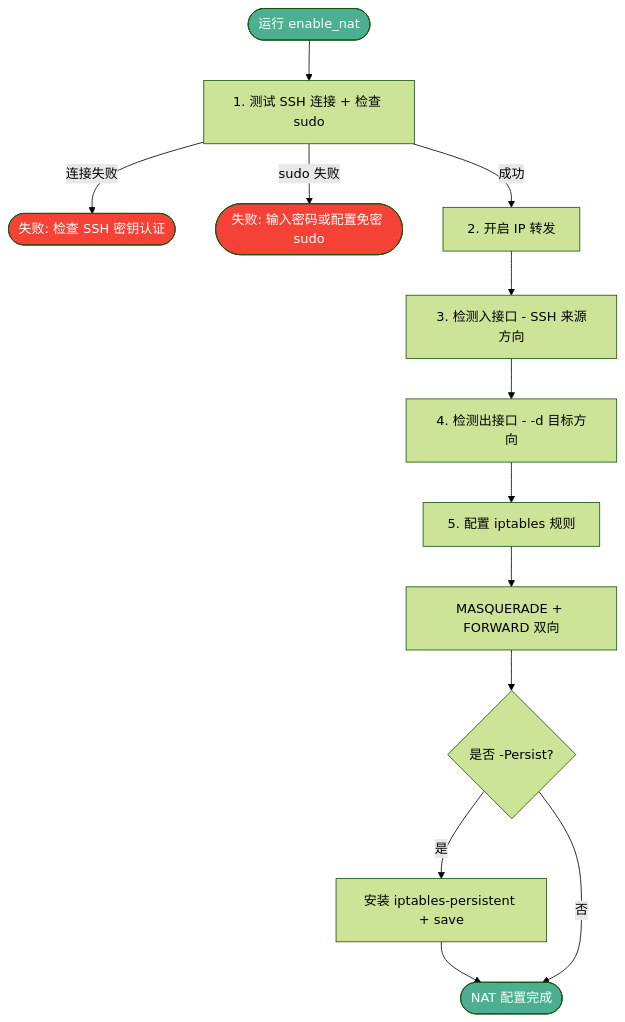
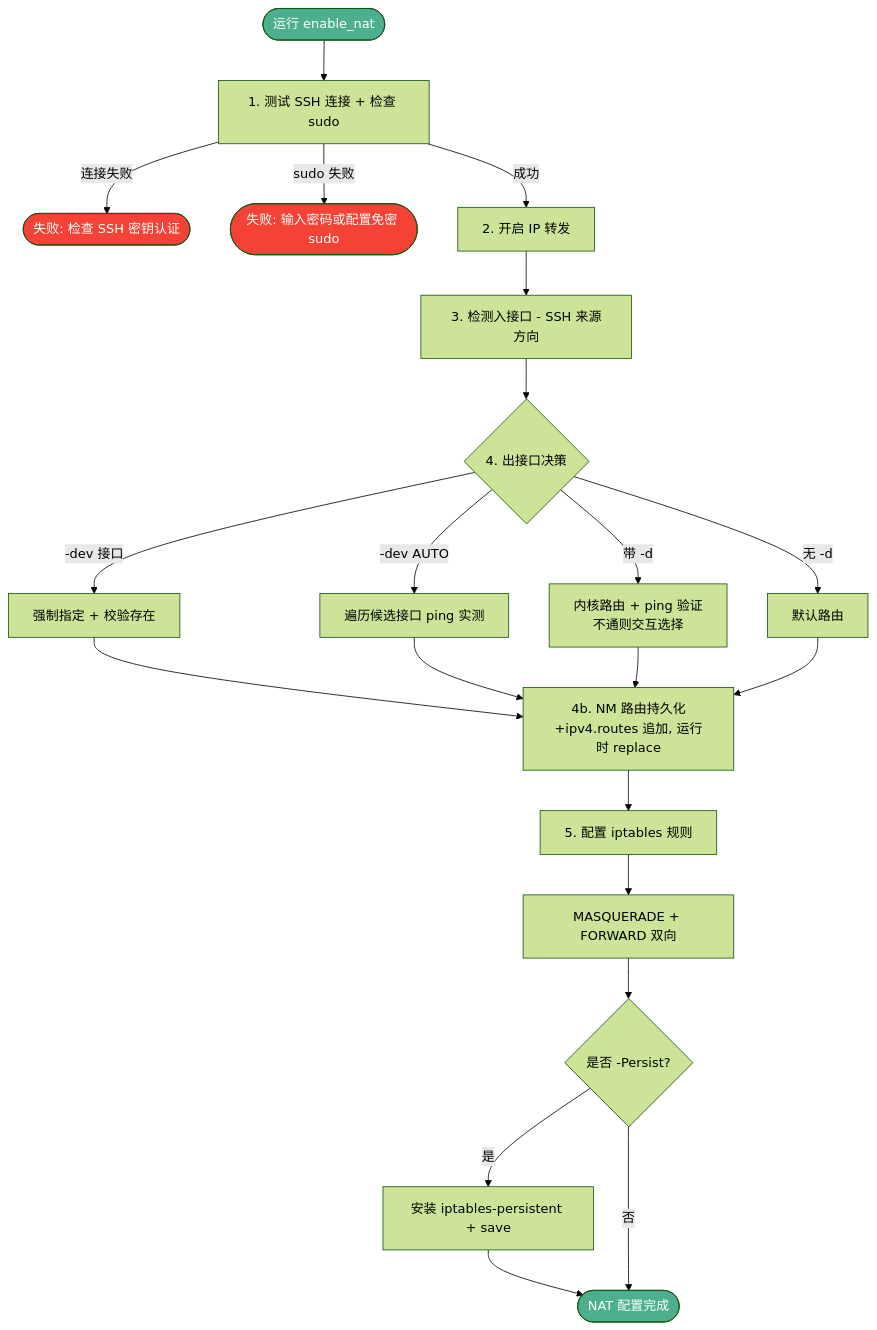
The first of 3 diagrams in README.md (volcanochen/ip_tools), drawn with Mermaid (forest theme) before and after one commit. The commit also changed other lines of this file and 1 other file, not shown here.

First line of the commit message:
Add show_nat status query, -dev outbound selection, and version info

````diff
--- a/README.md
+++ b/README.md
@@ -217,20 +253,25 @@
 ```mermaid
 flowchart TD
     Start([运行 enable_nat]) --> S1[1. 测试 SSH 连接 + 检查 sudo]
     S1 -->|连接失败| Fail1([失败: 检查 SSH 密钥认证])
     S1 -->|sudo 失败| Fail2([失败: 输入密码或配置免密 sudo])
     S1 -->|成功| S2[2. 开启 IP 转发]
     S2 --> S3[3. 检测入接口 - SSH 来源方向]
-    S3 --> S4[4. 检测出接口 - -d 目标方向]
-    S4 --> S5[5. 配置 iptables 规则]
+    S3 --> S4{4. 出接口决策}
+    S4 -->|"-dev 接口"| F1[强制指定 + 校验存在]
+    S4 -->|"-dev AUTO"| F2[遍历候选接口 ping 实测]
+    S4 -->|"带 -d"| F3[内核路由 + ping 验证<br>不通则交互选择]
+    S4 -->|"无 -d"| F4[默认路由]
+    F1 & F2 & F3 & F4 --> S4b[4b. NM 路由持久化<br>+ipv4.routes 追加, 运行时 replace]
+    S4b --> S5[5. 配置 iptables 规则]
     S5 --> S5a["MASQUERADE + FORWARD 双向"]
     S5a --> S6{是否 -Persist?}
     S6 -->|是| S6a["安装 iptables-persistent + save"]
     S6a --> Done([NAT 配置完成])
     S6 -->|否| Done
 
     style Start fill:#4CAF90,color:#fff
     style Done fill:#4CAF90,color:#fff
     style Fail1 fill:#f44336,color:#fff
     style Fail2 fill:#f44336,color:#fff
 ```
````
